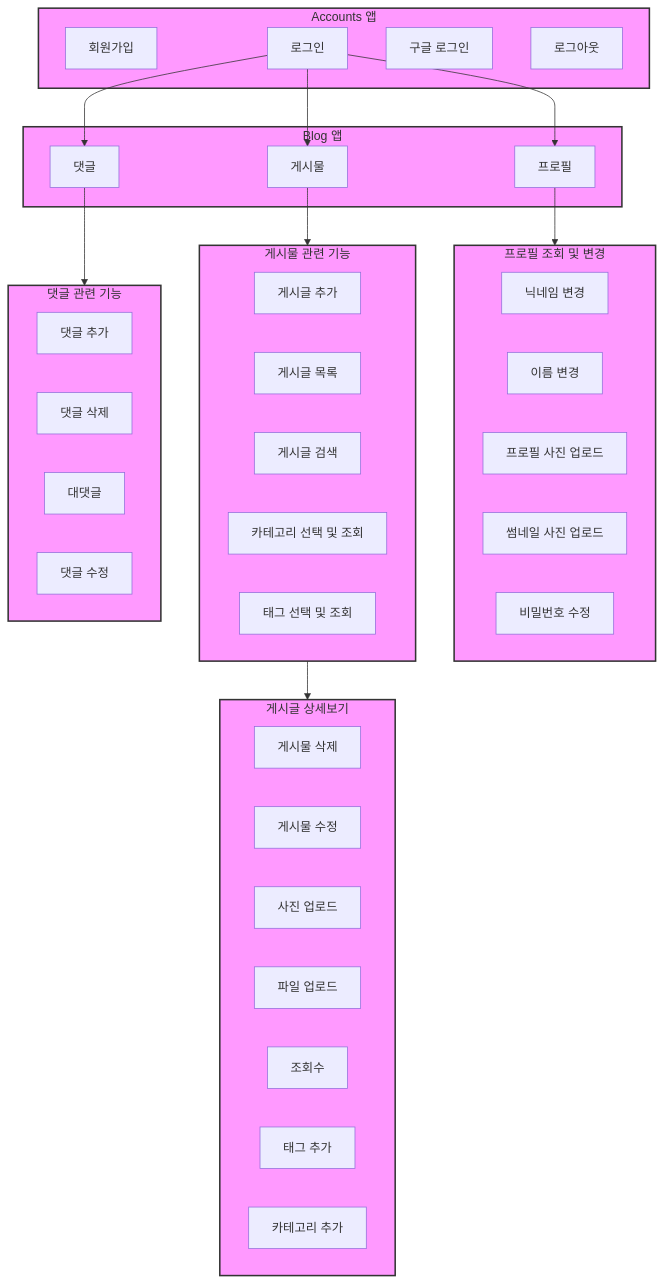
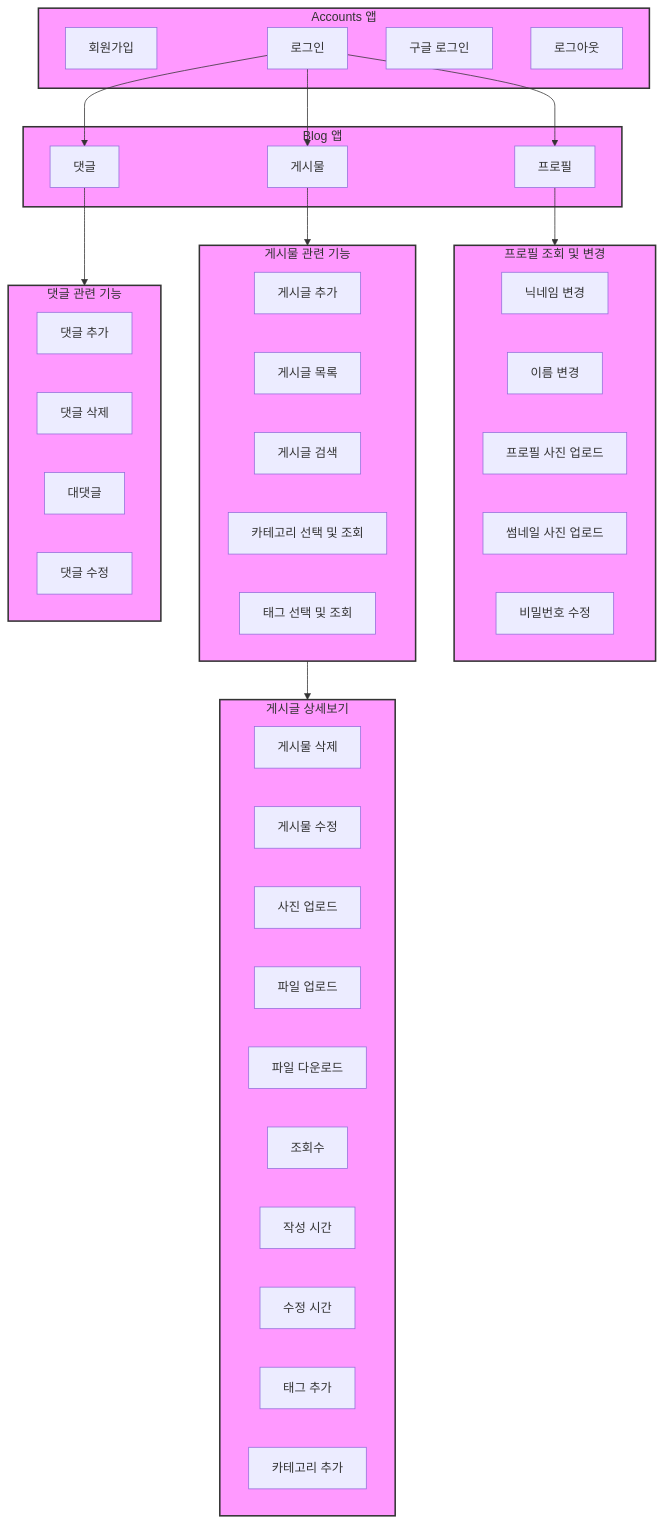
Before and after one commit to JoohyungDev/movie-review-blog: the first of 3 diagrams in README.md, drawn with Mermaid.

````diff
--- a/README.md
+++ b/README.md
@@ -93,63 +93,66 @@
 ```mermaid
 graph TD;
     subgraph accounts [Accounts 앱]
         signup[회원가입]
         login[로그인]
         google_login[구글 로그인]
         logout[로그아웃]
     end
 
     subgraph blog [Blog 앱]
         profile[프로필]
         postCRUD[게시물]
         commentCRUD[댓글]
     end
 
     subgraph profileFeatures [프로필 조회 및 변경]
         nicknameSetting[닉네임 변경]
         nameSetting[이름 변경]
         profilePhotoUpload[프로필 사진 업로드]
 	    thumbnailImageUpload[썸네일 사진 업로드]
         passwordEdit[비밀번호 수정]
     end
 
     subgraph postFeatures [게시물 관련 기능]
         createPost[게시글 추가]
 	    postList[게시글 목록]
         searchPost[게시글 검색]
         categorySelectAndView[카테고리 선택 및 조회]
         tagSelectAndView[태그 선택 및 조회]
     end
 
     subgraph postDetail [게시글 상세보기]
         deletePost[게시물 삭제]
         editPost[게시물 수정]
         uploadPhotoInPost[사진 업로드]
         uploadFileInPost[파일 업로드]
+	downloadFile[파일 다운로드]
         viewCountInPost[조회수]
+	createdAt[작성 시간]
+	updatedAt[수정 시간]
         tagAddInPost[태그 추가]
         categoryAddInPost[카테고리 추가]
     end
 
     subgraph commentFeatures [댓글 관련 기능]
         addComment[댓글 추가]
         deleteComment[댓글 삭제]
         addReply[대댓글]
         editComment[댓글 수정]
     end
 
     login --> profile;
     profile --> profileFeatures;
     login --> postCRUD;
     login --> commentCRUD;
     postCRUD --> postFeatures;
     postFeatures --> postDetail;
     commentCRUD --> commentFeatures;
 
     classDef app fill:#f9f,stroke:#333,stroke-width:2px;
     class accounts,blog,profileFeatures,postFeatures,commentFeatures,postDetail app;
 
 
 
 
 ```
````
